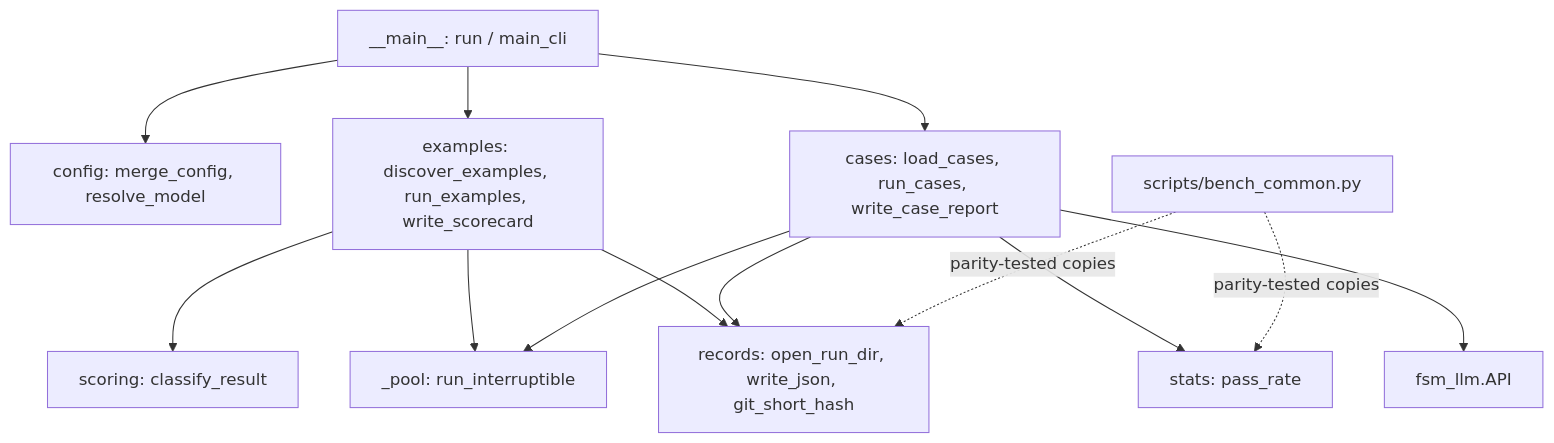
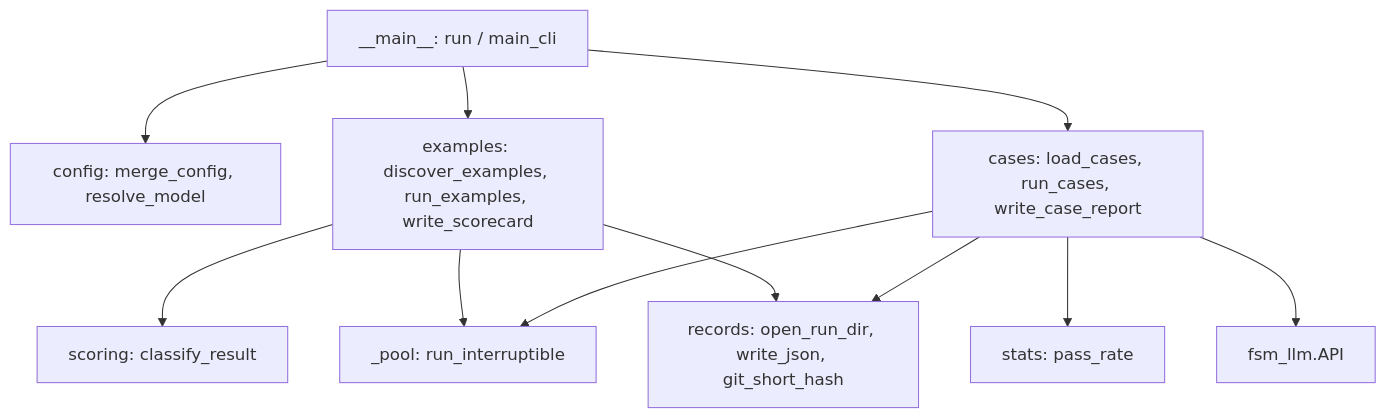
One commit to NikolasMarkou/fsm_llm changed the diagram in src/fsm_llm/eval/AGENTS.md. Above: the diagram before and after it, drawn with Mermaid. The commit also changed other lines of this file and 66 other files, not shown here.

````diff
--- a/src/fsm_llm/eval/AGENTS.md
+++ b/src/fsm_llm/eval/AGENTS.md
@@ -19,15 +19,13 @@
 ```mermaid
 flowchart TD
     cli[__main__: run / main_cli] --> cfg[config: merge_config, resolve_model]
     cli --> ex[examples: discover_examples, run_examples, write_scorecard]
     cli --> cs[cases: load_cases, run_cases, write_case_report]
     ex --> sc[scoring: classify_result]
     ex --> pool[_pool: run_interruptible]
     cs --> pool
     ex --> rec[records: open_run_dir, write_json, git_short_hash]
     cs --> rec
     cs --> st[stats: pass_rate]
     cs --> api[fsm_llm.API]
-    bc[scripts/bench_common.py] -. parity-tested copies .-> st
-    bc -. parity-tested copies .-> rec
 ```
````
